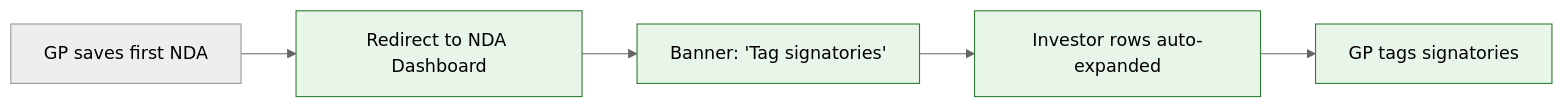
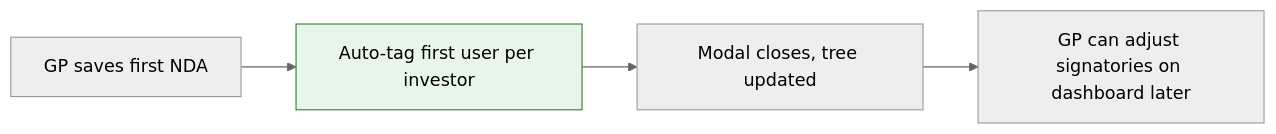
One commit to sampadadiwan/IRM_CompanyMain changed the fourth of 4 diagrams in openspec/changes/nda-module-9-enhancements/proposal.md. Above: the diagram before and after it, drawn with Mermaid (neutral theme). The commit also changed other lines of this file and 3 other files, not shown here.

First line of the commit message:
docs: Update openspec artifacts for auto-tag signatories (product feedback)

````diff
--- a/openspec/changes/nda-module-9-enhancements/proposal.md
+++ b/openspec/changes/nda-module-9-enhancements/proposal.md
@@ -62,9 +62,8 @@
 ```mermaid
 flowchart LR
-    A["GP saves first NDA"] --> B["Redirect to NDA Dashboard"]
-    B --> C["Banner: 'Tag signatories'"]
-    C --> D["Investor rows auto-expanded"]
-    D --> E["GP tags signatories"]
+    A["GP saves first NDA"] --> B["Auto-tag first user per investor"]
+    B --> C["Modal closes, tree updated"]
+    C --> D["GP can adjust signatories on dashboard later"]
     classDef new fill:#e8f5e9,stroke:#2e7d32,color:#000
-    class B,C,D,E new
+    class B new
 ```
````
